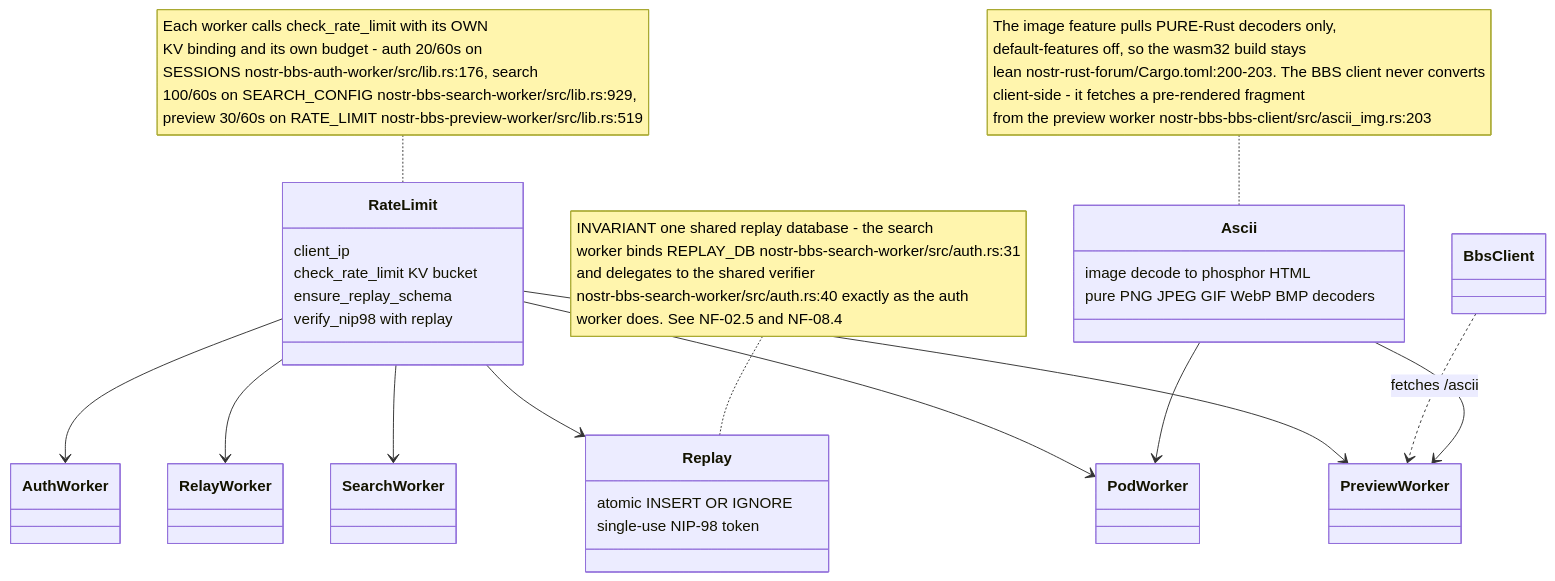
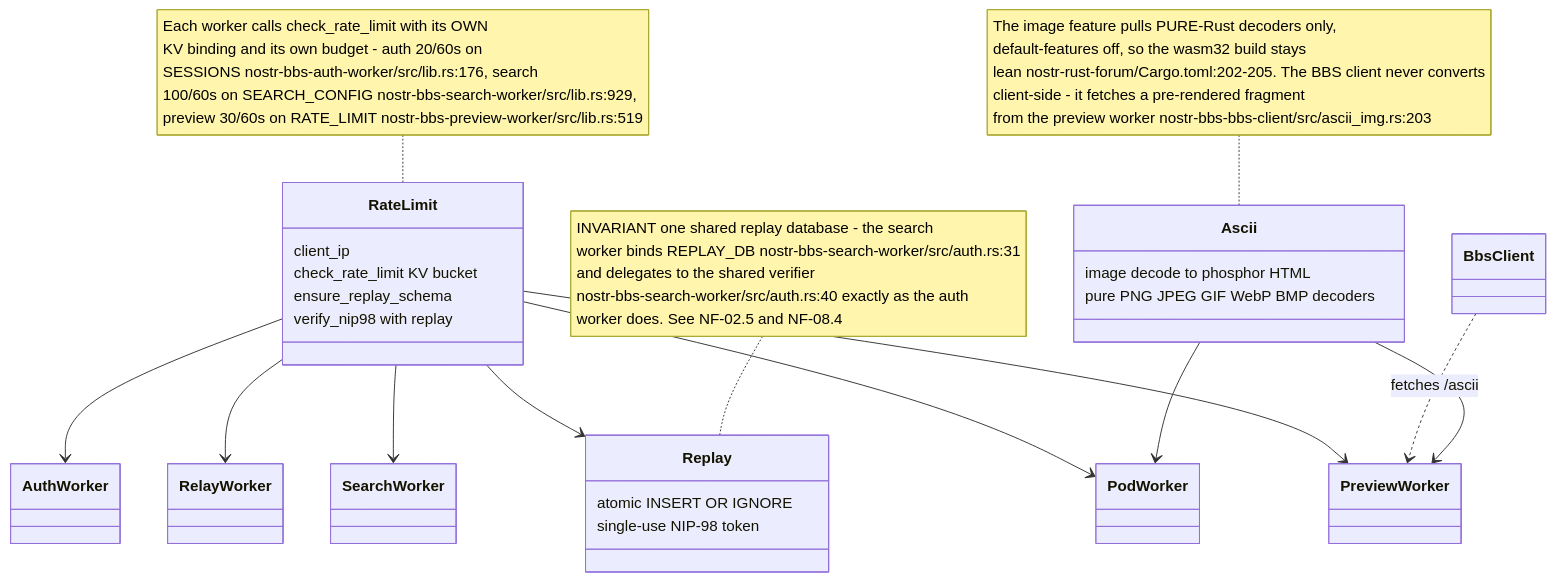
The eighth of 9 diagrams in docs/diagrams/nostr-rust-forum/07-search-preview-and-shared-worker-utilities.md (DreamLab-AI/VisionFlow), drawn with Mermaid before and after one commit. The commit also changed other lines of this file and 23 other files, not shown here.

First line of the commit message:
docs(diagrams): pass C nostr-rust-forum area re-verified at de31aaa

````diff
--- a/docs/diagrams/nostr-rust-forum/07-search-preview-and-shared-worker-utilities.md
+++ b/docs/diagrams/nostr-rust-forum/07-search-preview-and-shared-worker-utilities.md
@@ -209,30 +209,30 @@
 ```mermaid
 classDiagram
     class RateLimit {
         client_ip
         check_rate_limit KV bucket
         ensure_replay_schema
         verify_nip98 with replay
     }
     class Replay {
         atomic INSERT OR IGNORE
         single-use NIP-98 token
     }
     class Ascii {
         image decode to phosphor HTML
         pure PNG JPEG GIF WebP BMP decoders
     }
     RateLimit --> Replay
     Ascii --> PreviewWorker
     Ascii --> PodWorker
     BbsClient ..> PreviewWorker : fetches /ascii
     RateLimit --> AuthWorker
     RateLimit --> RelayWorker
     RateLimit --> PodWorker
     RateLimit --> SearchWorker
     RateLimit --> PreviewWorker
 
     note for RateLimit "Each worker calls check_rate_limit with its OWN<br/>KV binding and its own budget - auth 20/60s on<br/>SESSIONS nostr-bbs-auth-worker/src/lib.rs:176, search<br/>100/60s on SEARCH_CONFIG nostr-bbs-search-worker/src/lib.rs:929,<br/>preview 30/60s on RATE_LIMIT nostr-bbs-preview-worker/src/lib.rs:519"
     note for Replay "INVARIANT one shared replay database - the search<br/>worker binds REPLAY_DB nostr-bbs-search-worker/src/auth.rs:31<br/>and delegates to the shared verifier<br/>nostr-bbs-search-worker/src/auth.rs:40 exactly as the auth<br/>worker does. See NF-02.5 and NF-08.4"
-    note for Ascii "The image feature pulls PURE-Rust decoders only,<br/>default-features off, so the wasm32 build stays<br/>lean nostr-rust-forum/Cargo.toml:200-203. The BBS client never converts<br/>client-side - it fetches a pre-rendered fragment<br/>from the preview worker nostr-bbs-bbs-client/src/ascii_img.rs:203"
+    note for Ascii "The image feature pulls PURE-Rust decoders only,<br/>default-features off, so the wasm32 build stays<br/>lean nostr-rust-forum/Cargo.toml:202-205. The BBS client never converts<br/>client-side - it fetches a pre-rendered fragment<br/>from the preview worker nostr-bbs-bbs-client/src/ascii_img.rs:203"
 ```
````
